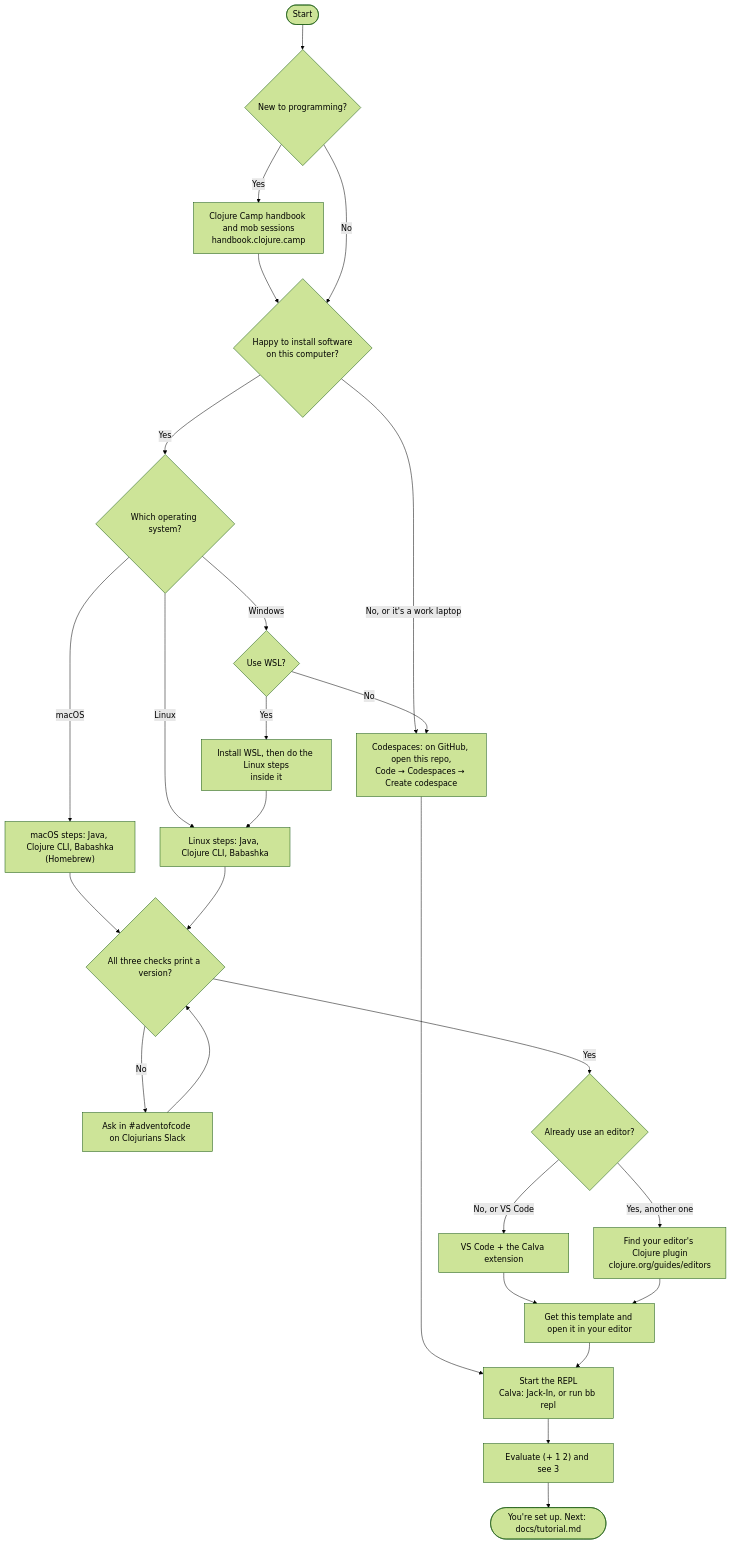
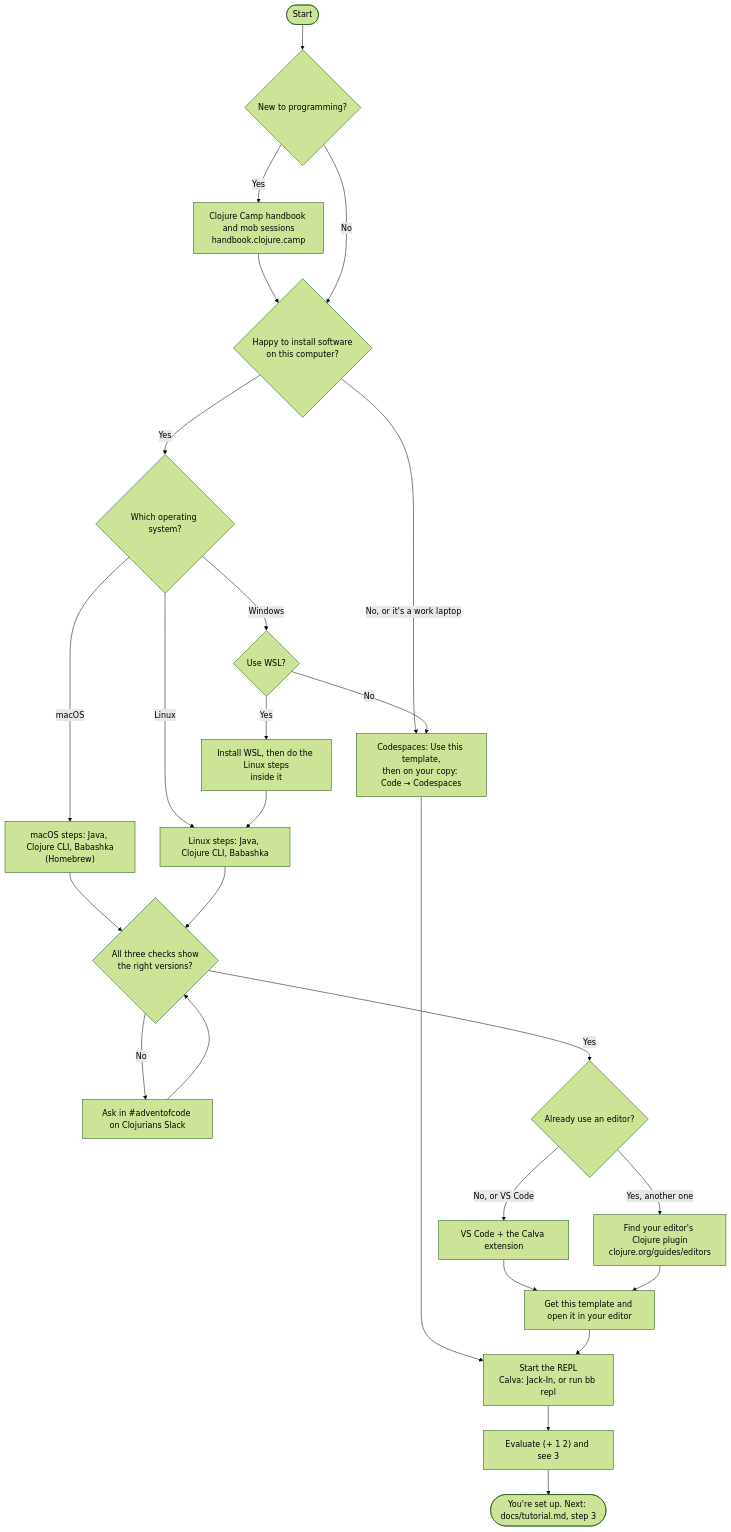
Before and after one commit to lambduhh/clojure-template-aoc: the diagram in docs/setup-flowchart.md, drawn with Mermaid (forest theme). The commit also changed other lines of this file and 1 other file, not shown here.

````diff
--- a/docs/setup-flowchart.md
+++ b/docs/setup-flowchart.md
@@ -11,34 +16,34 @@
 ```mermaid
 flowchart TD
     start([Start]) --> newprog{"New to programming?"}
     newprog -- "Yes" --> camp["Clojure Camp handbook and mob sessions<br/>handbook.clojure.camp"]
     camp --> install
     newprog -- "No" --> install{"Happy to install software<br/>on this computer?"}
 
-    install -- "No, or it's a work laptop" --> cs["Codespaces: on GitHub, open this repo,<br/>Code → Codespaces → Create codespace"]
+    install -- "No, or it's a work laptop" --> cs["Codespaces: Use this template,<br/>then on your copy: Code → Codespaces"]
     cs --> repl
 
     install -- "Yes" --> os{"Which operating system?"}
     os -- "macOS" --> mac["macOS steps: Java, Clojure CLI, Babashka<br/>(Homebrew)"]
     os -- "Linux" --> linux["Linux steps: Java, Clojure CLI, Babashka"]
     os -- "Windows" --> wsl{"Use WSL?"}
     wsl -- "Yes" --> wslsetup["Install WSL, then do the Linux steps<br/>inside it"]
     wslsetup --> linux
     wsl -- "No" --> cs
 
     mac --> check
     linux --> check
-    check{"All three checks print a version?"}
+    check{"All three checks show<br/>the right versions?"}
     check -- "No" --> help["Ask in #adventofcode on Clojurians Slack"]
     help --> check
     check -- "Yes" --> editor{"Already use an editor?"}
 
     editor -- "No, or VS Code" --> calva["VS Code + the Calva extension"]
     editor -- "Yes, another one" --> other["Find your editor's Clojure plugin<br/>clojure.org/guides/editors"]
     calva --> template
     other --> template
     template["Get this template and open it in your editor"] --> repl
 
     repl["Start the REPL<br/>Calva: Jack-In, or run bb repl"] --> eval["Evaluate (+ 1 2) and see 3"]
-    eval --> done(["You're set up. Next: docs/tutorial.md"])
+    eval --> done(["You're set up. Next: docs/tutorial.md, step 3"])
 ```
````
